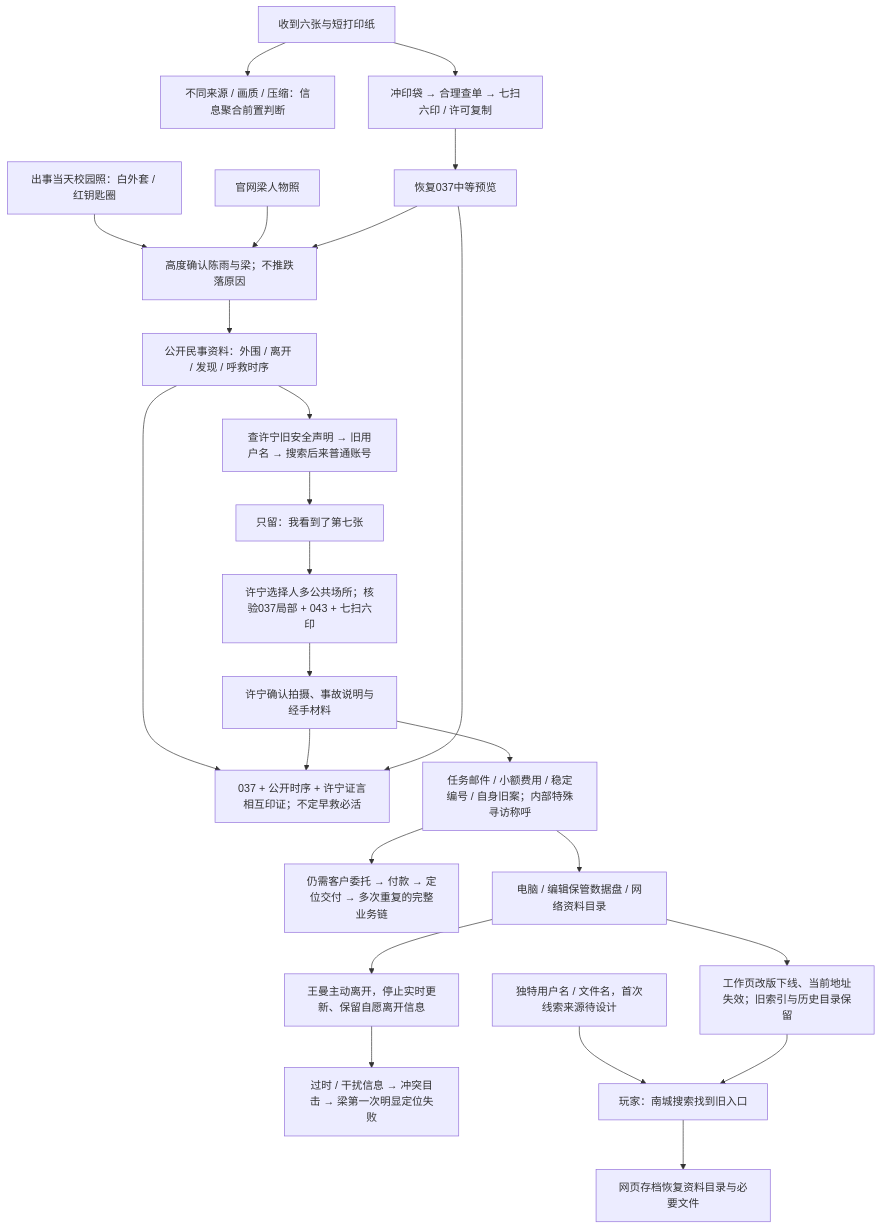
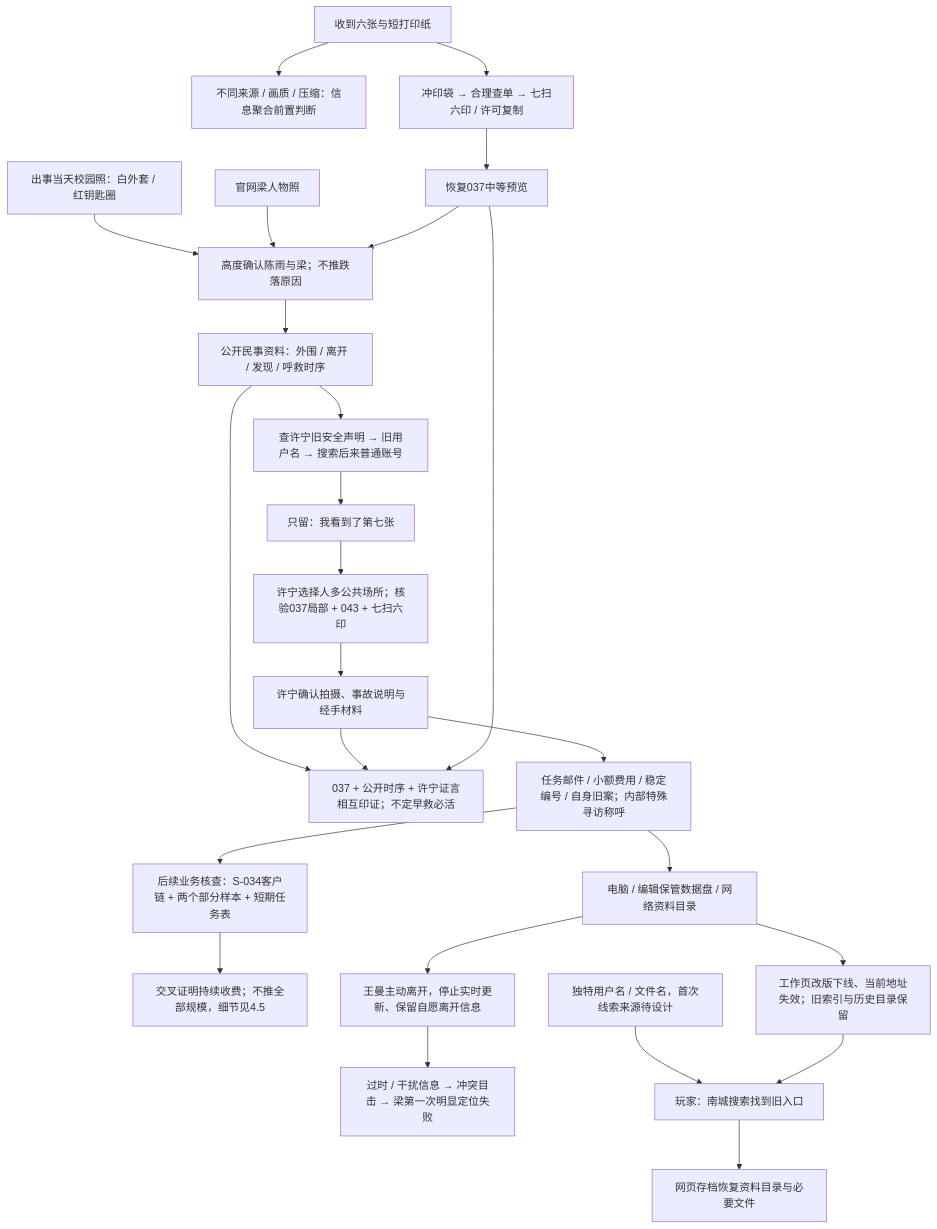
The fourth of 5 diagrams in docs/cases/case-01-missing-person/information-dependency-map.md (volcano-77/last-seen-online), drawn with Mermaid before and after one commit. The commit also changed other lines of this file and 4 other files, not shown here.

````diff
--- a/docs/cases/case-01-missing-person/information-dependency-map.md
+++ b/docs/cases/case-01-missing-person/information-dependency-map.md
@@ -264,26 +285,27 @@
 ```mermaid
 flowchart TD
   package["收到六张与短打印纸"] --> mixed["不同来源 / 画质 / 压缩：信息聚合前置判断"]
   package --> shop["冲印袋 → 合理查单 → 七扫六印 / 许可复制"]
   shop --> image["恢复037中等预览"]
   campus["出事当天校园照：白外套 / 红钥匙圈"] --> identity["高度确认陈雨与梁；不推跌落原因"]
   founder["官网梁人物照"] --> identity
   image --> identity
   identity --> civil["公开民事资料：外围 / 离开 / 发现 / 呼救时序"]
   civil --> contact["查许宁旧安全声明 → 旧用户名 → 搜索后来普通账号"]
   contact --> message["只留：我看到了第七张"]
   message --> meeting["许宁选择人多公共场所；核验037局部 + 043 + 七扫六印"]
   meeting --> xu["许宁确认拍摄、事故说明与经手材料"]
   civil --> corroborate["037 + 公开时序 + 许宁证言相互印证；不定早救必活"]
   xu --> corroborate
   image --> corroborate
   xu --> work["任务邮件 / 小额费用 / 稳定编号 / 自身旧案；内部特殊寻访称呼"]
-  work --> limits["仍需客户委托 → 付款 → 定位交付 → 多次重复的完整业务链"]
+  work --> business["后续业务核查：S-034客户链 + 两个部分样本 + 短期任务表"]
+  business --> limits["交叉证明持续收费；不推全部规模，细节见4.5"]
   work --> backups["电脑 / 编辑保管数据盘 / 网络资料目录"]
   backups --> leave["王曼主动离开，停止实时更新、保留自愿离开信息"]
   leave --> failure["过时 / 干扰信息 → 冲突目击 → 梁第一次明显定位失败"]
   backups --> oldPage["工作页改版下线、当前地址失效；旧索引与历史目录保留"]
   seed["独特用户名 / 文件名，首次线索来源待设计"] --> search["玩家：南城搜索找到旧入口"]
   oldPage --> search
   search --> archive["网页存档恢复资料目录与必要文件"]
 ```
````
